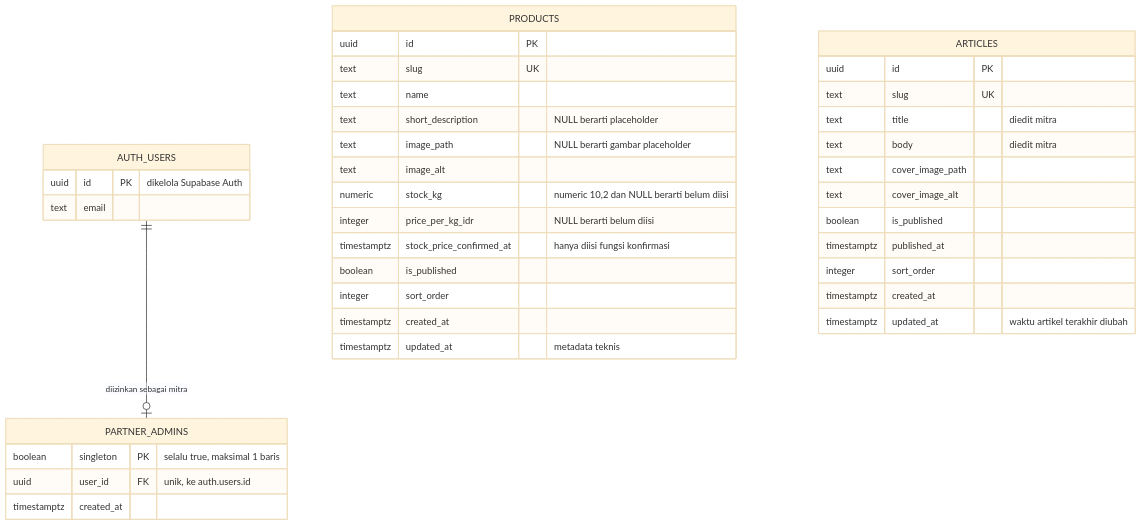
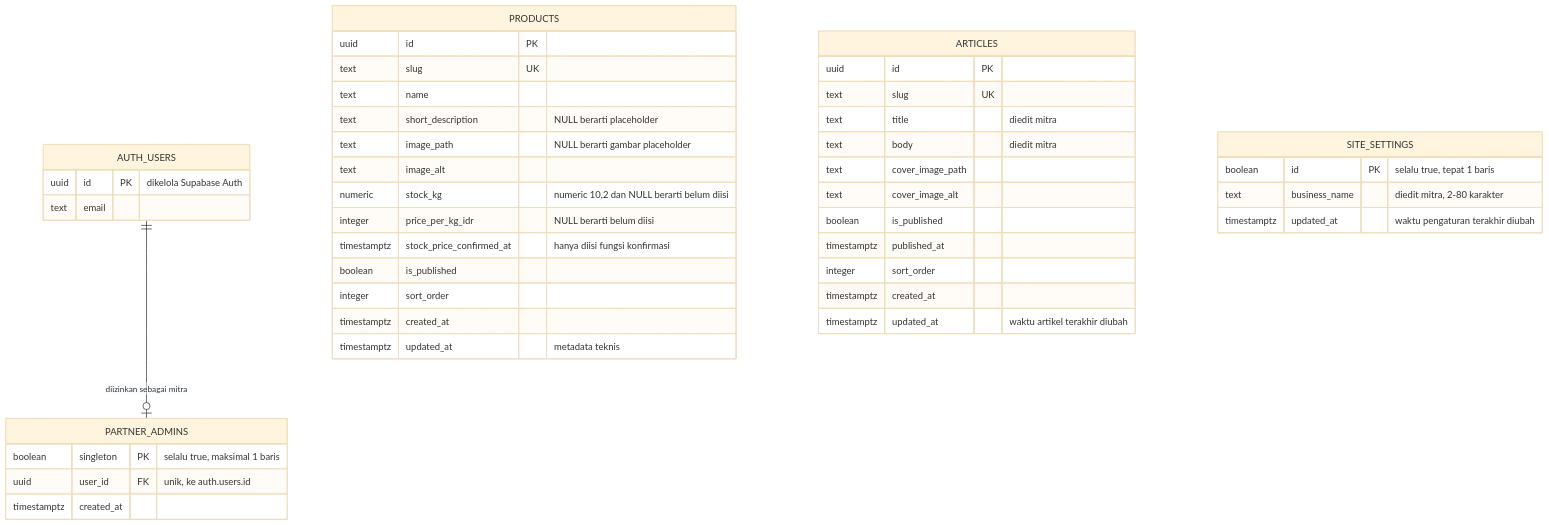
One commit to Jayflux/PasarNila changed the ninth of 9 diagrams in ARCHITECTURE.md. Above: the diagram before and after it, drawn with Mermaid (base theme). The commit also changed other lines of this file and 1 other file, not shown here.

Commit message:
docs: update PRD and architecture documentation

````diff
--- a/ARCHITECTURE.md
+++ b/ARCHITECTURE.md
@@ -479,41 +515,46 @@
 ```mermaid
 erDiagram
     AUTH_USERS ||--o| PARTNER_ADMINS : "diizinkan sebagai mitra"
     AUTH_USERS {
         uuid id PK "dikelola Supabase Auth"
         text email
     }
     PARTNER_ADMINS {
         boolean singleton PK "selalu true, maksimal 1 baris"
         uuid user_id FK "unik, ke auth.users.id"
         timestamptz created_at
     }
     PRODUCTS {
         uuid id PK
         text slug UK
         text name
         text short_description "NULL berarti placeholder"
         text image_path "NULL berarti gambar placeholder"
         text image_alt
         numeric stock_kg "numeric 10,2 dan NULL berarti belum diisi"
         integer price_per_kg_idr "NULL berarti belum diisi"
         timestamptz stock_price_confirmed_at "hanya diisi fungsi konfirmasi"
         boolean is_published
         integer sort_order
         timestamptz created_at
         timestamptz updated_at "metadata teknis"
     }
     ARTICLES {
         uuid id PK
         text slug UK
         text title "diedit mitra"
         text body "diedit mitra"
         text cover_image_path
         text cover_image_alt
         boolean is_published
         timestamptz published_at
         integer sort_order
         timestamptz created_at
         timestamptz updated_at "waktu artikel terakhir diubah"
     }
+    SITE_SETTINGS {
+        boolean id PK "selalu true, tepat 1 baris"
+        text business_name "diedit mitra, 2-80 karakter"
+        timestamptz updated_at "waktu pengaturan terakhir diubah"
+    }
 ```
````
